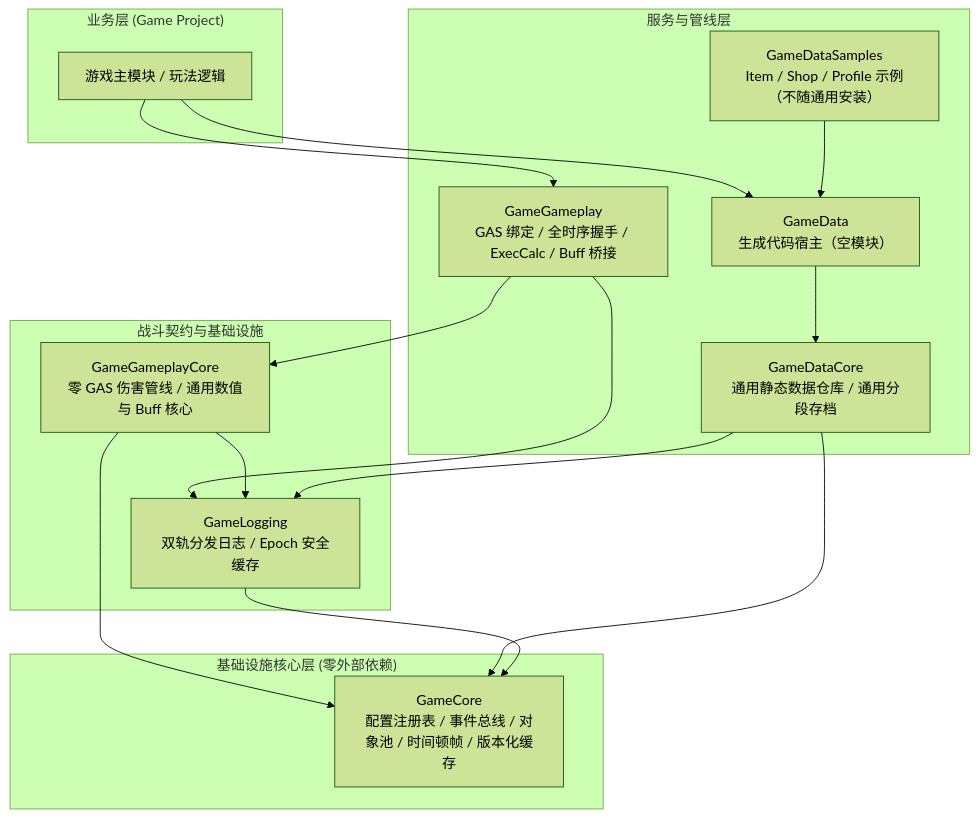
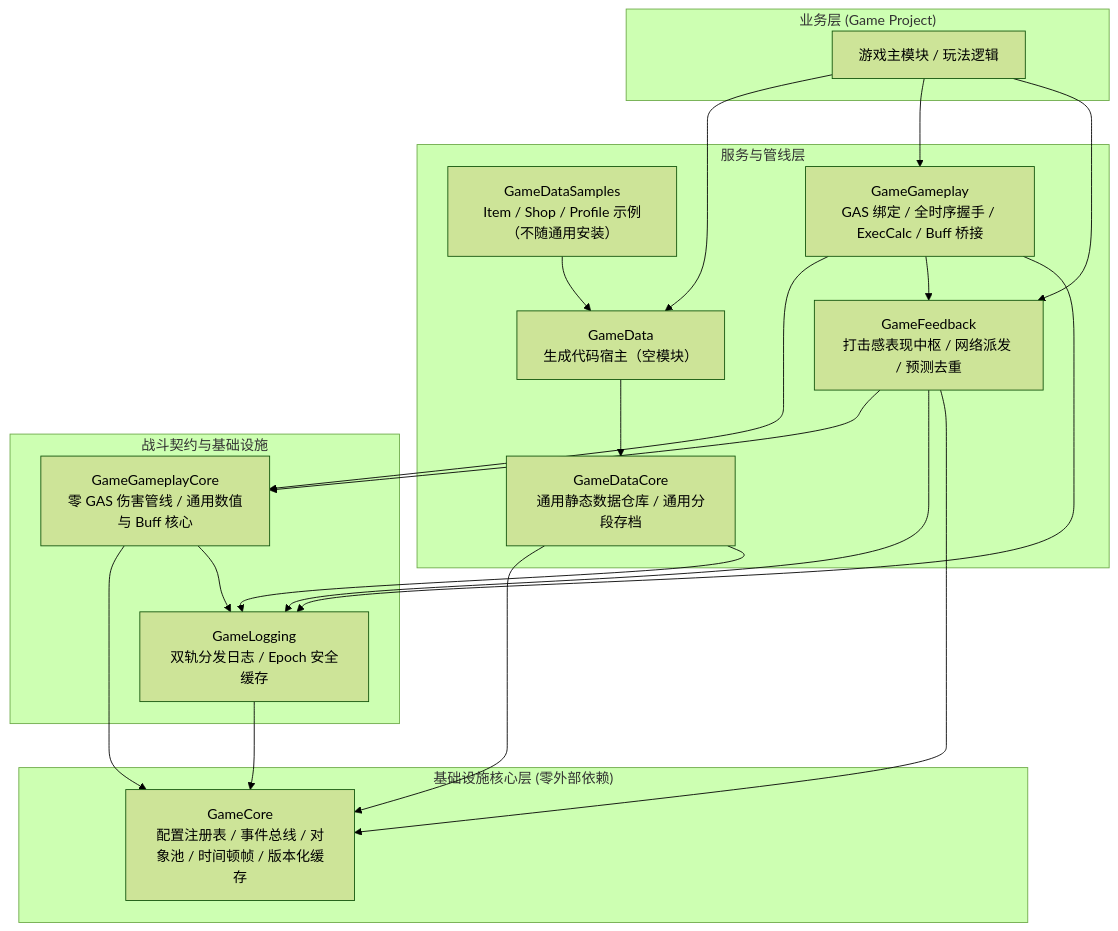
One commit to YIice-cwj/ue5-toolkit changed the diagram in README.md. Above: the diagram before and after it, drawn with Mermaid (forest theme). The commit also changed other lines of this file and 170 other files, not shown here.

First line of the commit message:
feat: 新增 GameFeedback 表现插件，全插件 SRP 解耦与规范升级 v2.9.0

````diff
--- a/README.md
+++ b/README.md
@@ -20,34 +20,40 @@
 ```mermaid
 graph TD
     subgraph Layer3["业务层 (Game Project)"]
         MyGame["游戏主模块 / 玩法逻辑"]
     end
 
     subgraph Layer2["服务与管线层"]
         GameDataCore["GameDataCore<br>通用静态数据仓库 / 通用分段存档"]
         GameData["GameData<br>生成代码宿主（空模块）"]
         GameDataSamples["GameDataSamples<br>Item / Shop / Profile 示例（不随通用安装）"]
         GameGameplay["GameGameplay<br>GAS 绑定 / 全时序握手 / ExecCalc / Buff 桥接"]
+        GameFeedback["GameFeedback<br>打击感表现中枢 / 网络派发 / 预测去重"]
     end
 
     subgraph Layer1["战斗契约与基础设施"]
         GameGameplayCore["GameGameplayCore<br>零 GAS 伤害管线 / 通用数值与 Buff 核心"]
         GameLogging["GameLogging<br>双轨分发日志 / Epoch 安全缓存"]
     end
 
     subgraph Layer0["基础设施核心层 (零外部依赖)"]
         GameCore["GameCore<br>配置注册表 / 事件总线 / 对象池 / 时间顿帧 / 版本化缓存"]
     end
 
     MyGame --> GameData
     MyGame --> GameGameplay
+    MyGame --> GameFeedback
     GameDataSamples --> GameData
     GameData --> GameDataCore
     GameGameplay --> GameGameplayCore
+    GameGameplay --> GameFeedback
     GameGameplay --> GameLogging
+    GameFeedback --> GameGameplayCore
+    GameFeedback --> GameLogging
+    GameFeedback --> GameCore
     GameGameplayCore --> GameCore
     GameGameplayCore --> GameLogging
     GameDataCore --> GameCore
     GameDataCore --> GameLogging
     GameLogging --> GameCore
 ```
````
